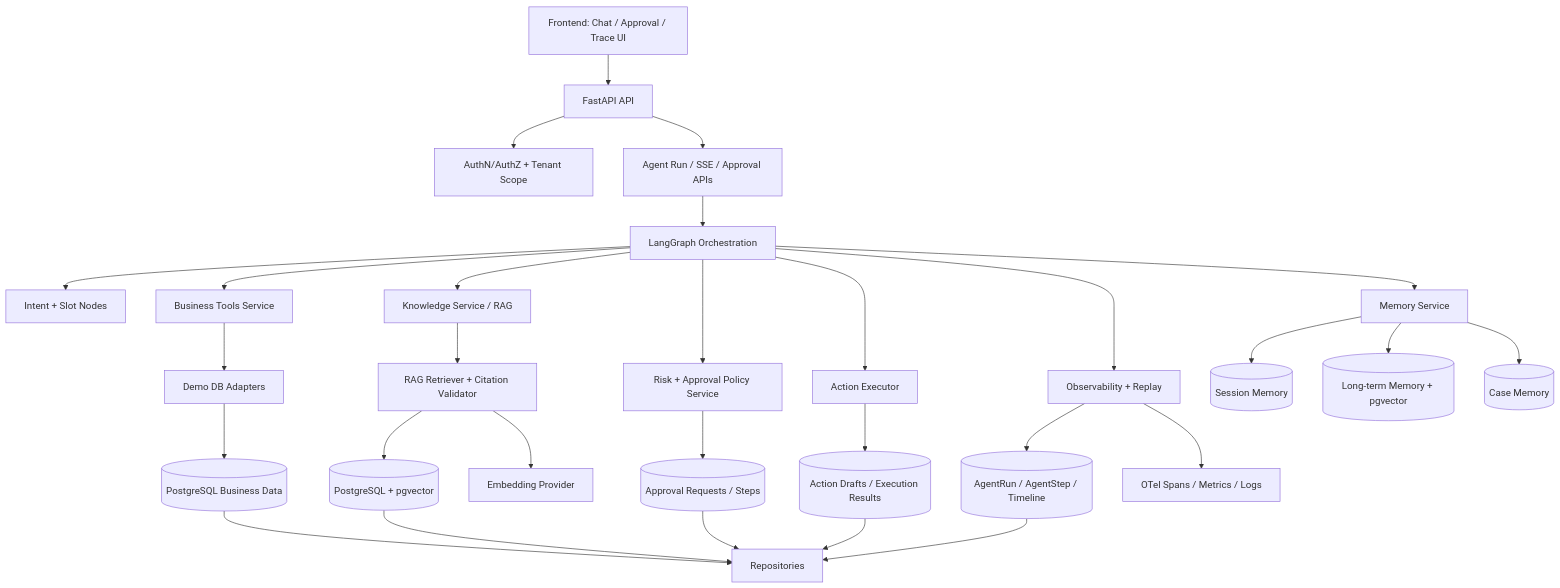
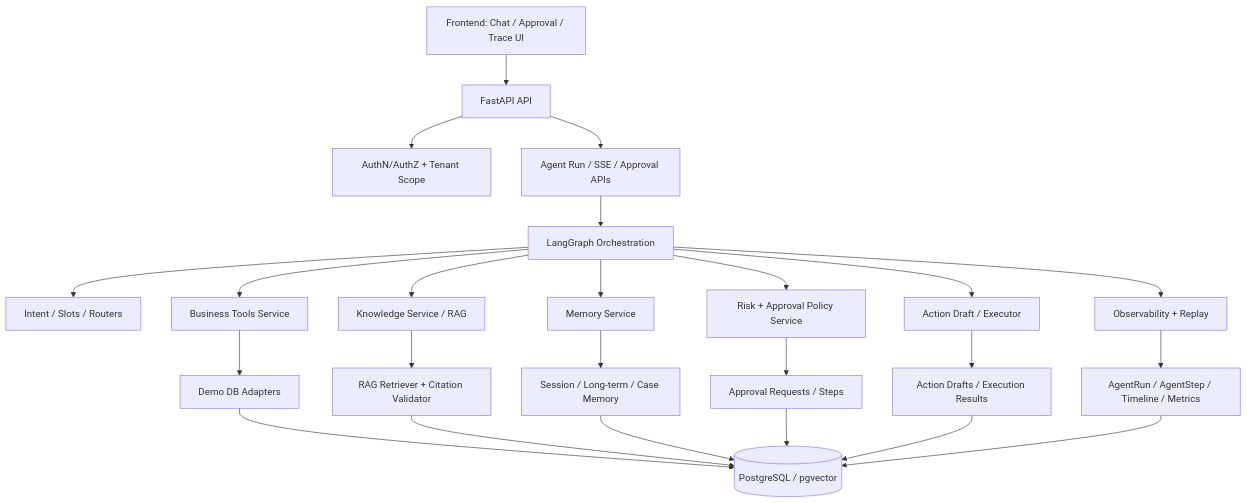
Before and after one commit to weijie567/MOCA: the first of 2 diagrams in docs/architecture-overview.md, drawn with Mermaid. The commit also changed other lines of this file, not shown here.

Commit message:
docs: simplify controlled ReAct architecture diagrams

````diff
--- a/docs/architecture-overview.md
+++ b/docs/architecture-overview.md
@@ -196,37 +196,29 @@
 ```mermaid
 graph TB
     FE[Frontend: Chat / Approval / Trace UI] --> API[FastAPI API]
     API --> Auth[AuthN/AuthZ + Tenant Scope]
     API --> Runs[Agent Run / SSE / Approval APIs]
     Runs --> Graph[LangGraph Orchestration]
 
-    Graph --> Intent[Intent + Slot Nodes]
+    Graph --> Intent[Intent / Slots / Routers]
     Graph --> Memory[Memory Service]
     Graph --> Biz[Business Tools Service]
     Graph --> Knowledge[Knowledge Service / RAG]
     Graph --> Policy[Risk + Approval Policy Service]
-    Graph --> Actions[Action Executor]
+    Graph --> Actions[Action Draft / Executor]
     Graph --> Obs[Observability + Replay]
 
     Biz --> DemoAdapters[Demo DB Adapters]
-    DemoAdapters --> DB[(PostgreSQL Business Data)]
+    Knowledge --> RAG[RAG Retriever + Citation Validator]
+    Memory --> MemoryStores[Session / Long-term / Case Memory]
+    Policy --> ApprovalStore[Approval Requests / Steps]
+    Actions --> ActionStore[Action Drafts / Execution Results]
+    Obs --> TraceStore[AgentRun / AgentStep / Timeline / Metrics]
 
-    Knowledge --> Retriever[RAG Retriever + Citation Validator]
-    Retriever --> Vector[(PostgreSQL + pgvector)]
-    Retriever --> Embedder[Embedding Provider]
-
-    Memory --> SessionMem[(Session Memory)]
-    Memory --> LongMem[(Long-term Memory + pgvector)]
-    Memory --> CaseMem[(Case Memory)]
-
-    Policy --> ApprovalDB[(Approval Requests / Steps)]
-    Actions --> ActionDB[(Action Drafts / Execution Results)]
-    Obs --> TraceDB[(AgentRun / AgentStep / Timeline)]
-    Obs --> OTel[OTel Spans / Metrics / Logs]
-
-    DB --> Persistence[Repositories]
-    Vector --> Persistence
-    ApprovalDB --> Persistence
-    ActionDB --> Persistence
-    TraceDB --> Persistence
+    DemoAdapters --> Persistence[(PostgreSQL / pgvector)]
+    RAG --> Persistence
+    MemoryStores --> Persistence
+    ApprovalStore --> Persistence
+    ActionStore --> Persistence
+    TraceStore --> Persistence
 ```
````
